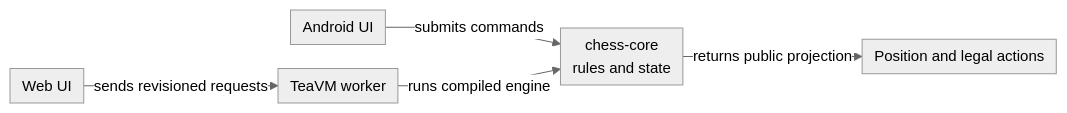
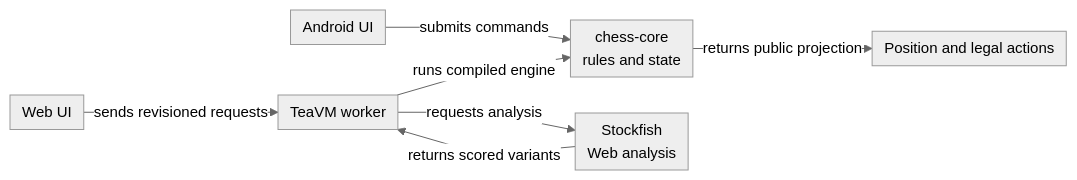
Before and after one commit to crististefanita/chess: the first of 3 diagrams in README.md, drawn with Mermaid. The commit also changed other lines of this file and 66 other files, not shown here.

Commit message:
Add local Stockfish Web coaching and compact analysis layout

````diff
--- a/README.md
+++ b/README.md
@@ -34,13 +34,16 @@
 ```mermaid
 %%{init: {"theme":"neutral","themeVariables":{"fontSize":"15px"},"themeCSS":".edgeLabel, .edgeLabel p { font-size: 12px !important; } .node rect { rx: 6px; ry: 6px; }","flowchart":{"curve":"linear","nodeSpacing":24,"rankSpacing":20,"padding":6},"sequence":{"mirrorActors":false,"messageMargin":24}}}%%
 flowchart LR
     Android["Android UI"]
     Web["Web UI"]
     Worker["TeaVM worker"]
     Engine["chess-core<br/>rules and state"]
+    Stockfish["Stockfish<br/>Web analysis"]
     Projection["Position and legal actions"]
     Android -->|submits commands| Engine
     Web -->|sends revisioned requests| Worker
     Worker -->|runs compiled engine| Engine
+    Worker -->|requests analysis| Stockfish
+    Stockfish -->|returns scored variants| Worker
     Engine -->|returns public projection| Projection
 ```
````
